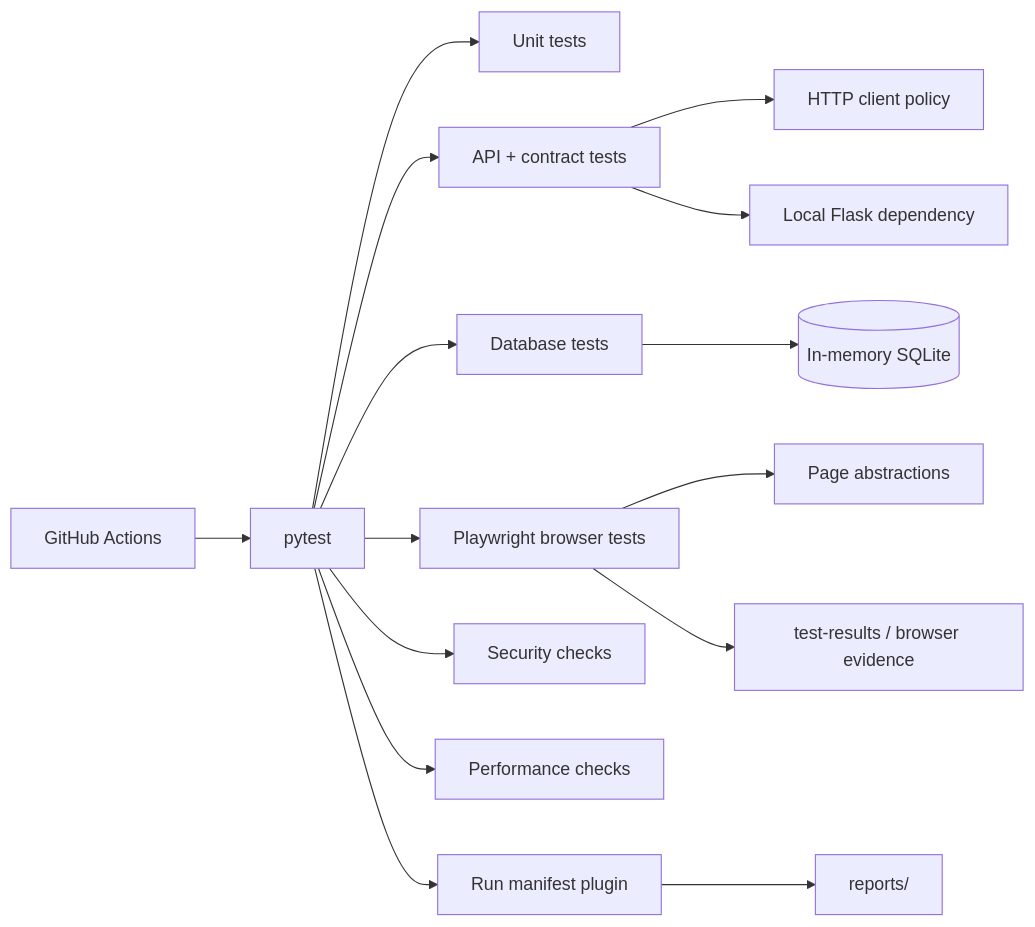
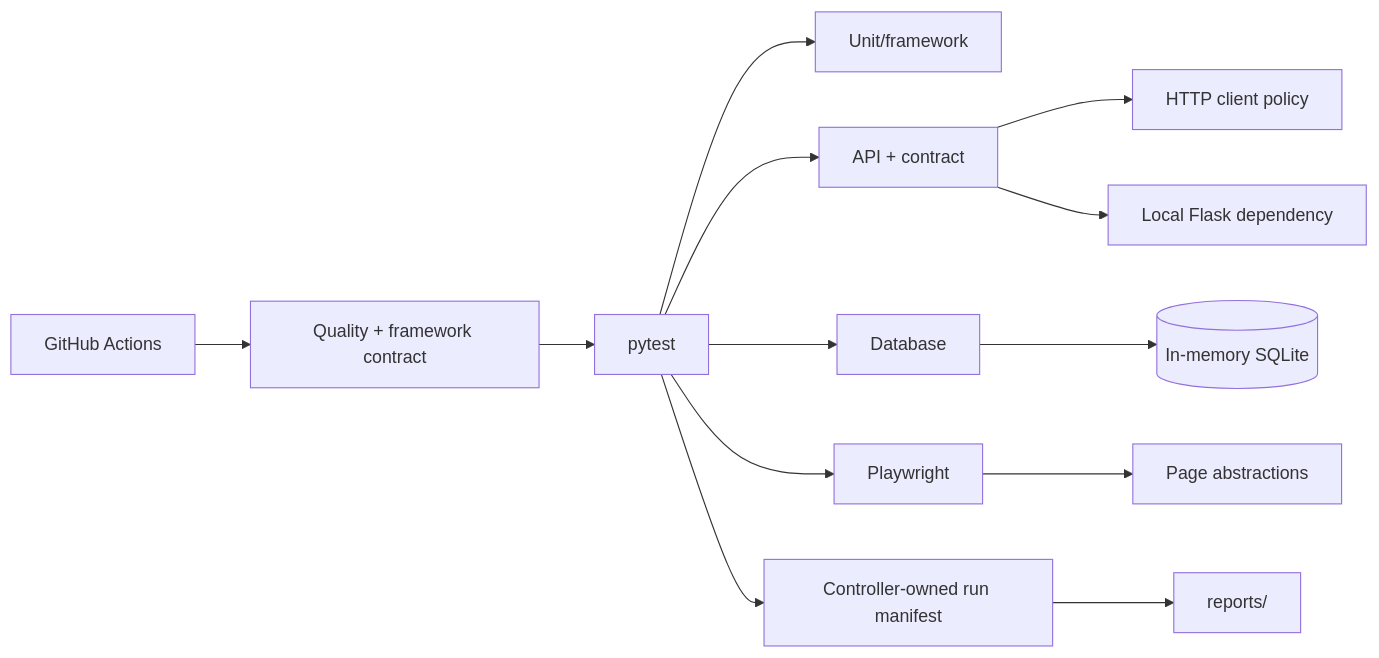
Before and after one commit to portyu9/qa-automation-python-pytest: the first of 2 diagrams in README.md, drawn with Mermaid. The commit also changed other lines of this file, not shown here.

Commit message:
Align pytest README with privacy and xdist contracts

````diff
--- a/README.md
+++ b/README.md
@@ -20,19 +21,15 @@
 ```mermaid
 flowchart LR
-    CI[GitHub Actions] --> PY[pytest]
-    PY --> UNIT[Unit tests]
-    PY --> API[API + contract tests]
-    PY --> DB[Database tests]
-    PY --> UI[Playwright browser tests]
-    PY --> SEC[Security checks]
-    PY --> PERF[Performance checks]
-
+    CI[GitHub Actions] --> Q[Quality + framework contract]
+    Q --> PY[pytest]
+    PY --> UNIT[Unit/framework]
+    PY --> API[API + contract]
+    PY --> DB[Database]
+    PY --> UI[Playwright]
     API --> HTTP[HTTP client policy]
     API --> MOCK[Local Flask dependency]
     DB --> SQL[(In-memory SQLite)]
     UI --> PAGES[Page abstractions]
-
-    PY --> MANIFEST[Run manifest plugin]
-    MANIFEST --> REPORTS[reports/]
-    UI --> EVIDENCE[test-results / browser evidence]
+    PY --> MAN[Controller-owned run manifest]
+    MAN --> REP[reports/]
 ```
````
